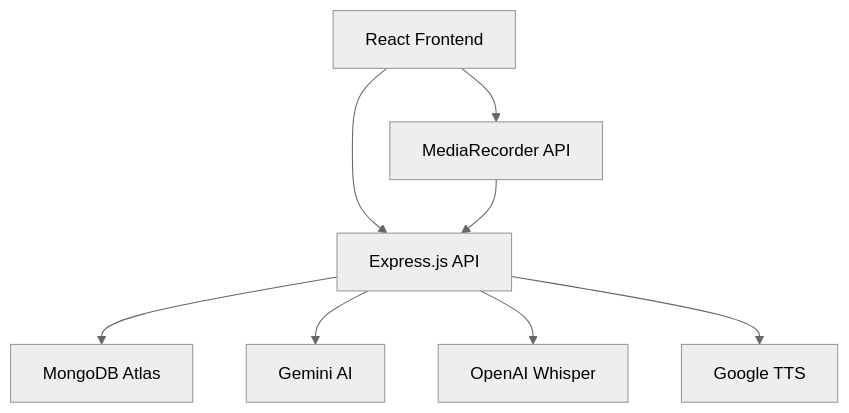
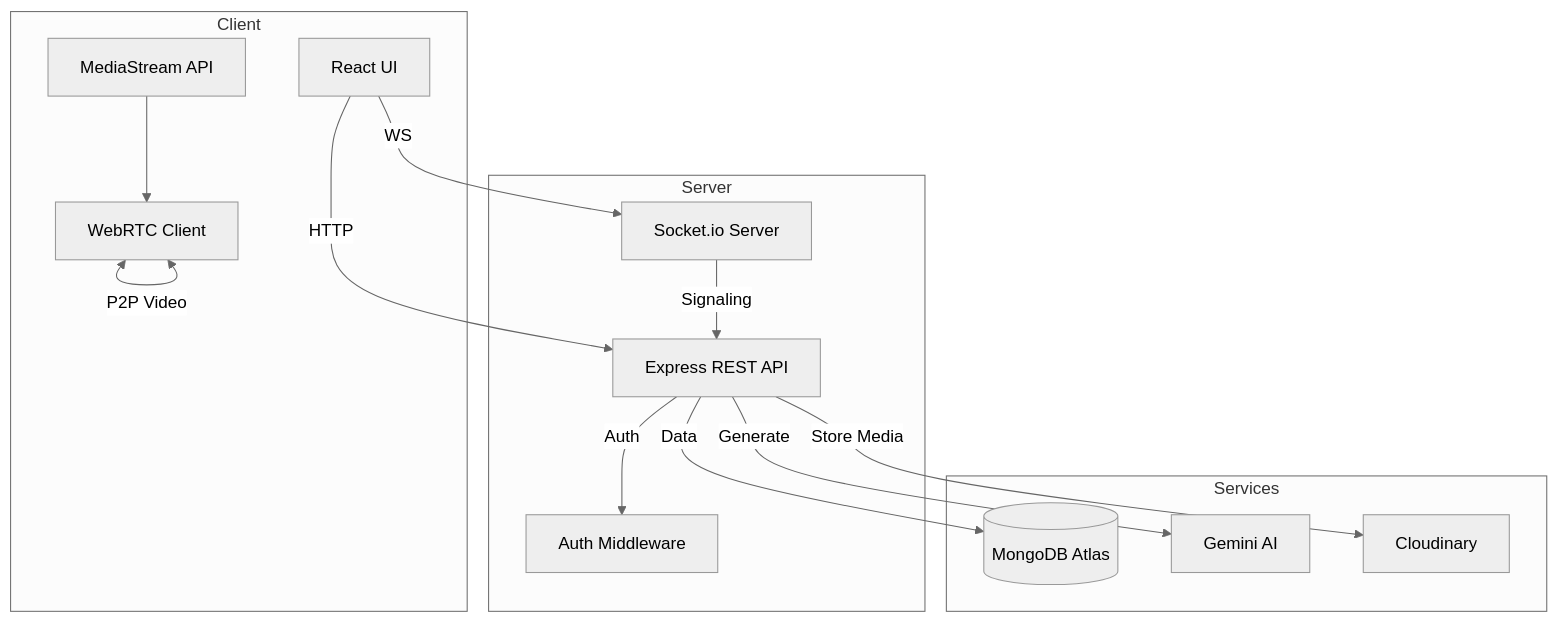
The first of 2 diagrams in README.md (akhilthirunalveli/MockMate), drawn with Mermaid (neutral theme) before and after one commit. The commit also changed other lines of this file and 47 other files, not shown here.

````diff
--- a/README.md
+++ b/README.md
@@ -83,10 +67,32 @@
 ```mermaid
 graph TB
-    A[React Frontend] --> B[Express.js API]
-    B --> C[MongoDB Atlas]
-    B --> D[Gemini AI]
-    B --> E[OpenAI Whisper]
-    B --> F[Google TTS]
-    A --> G[MediaRecorder API]
-    G --> B
+    subgraph Client
+        UI[React UI]
+        Stream[MediaStream API]
+        RTC_C[WebRTC Client]
+    end
+
+    subgraph Server
+        API[Express REST API]
+        Socket[Socket.io Server]
+        Auth[Auth Middleware]
+    end
+
+    subgraph Services
+        DB[(MongoDB Atlas)]
+        AI[Gemini AI]
+        Cloud[Cloudinary]
+    end
+
+    UI -->|HTTP| API
+    UI -->|WS| Socket
+    Stream --> RTC_C
+    RTC_C <-->|P2P Video| RTC_C
+    
+    API -->|Auth| Auth
+    API -->|Data| DB
+    API -->|Generate| AI
+    API -->|Store Media| Cloud
+    
+    Socket -->|Signaling| API
 ```
````
